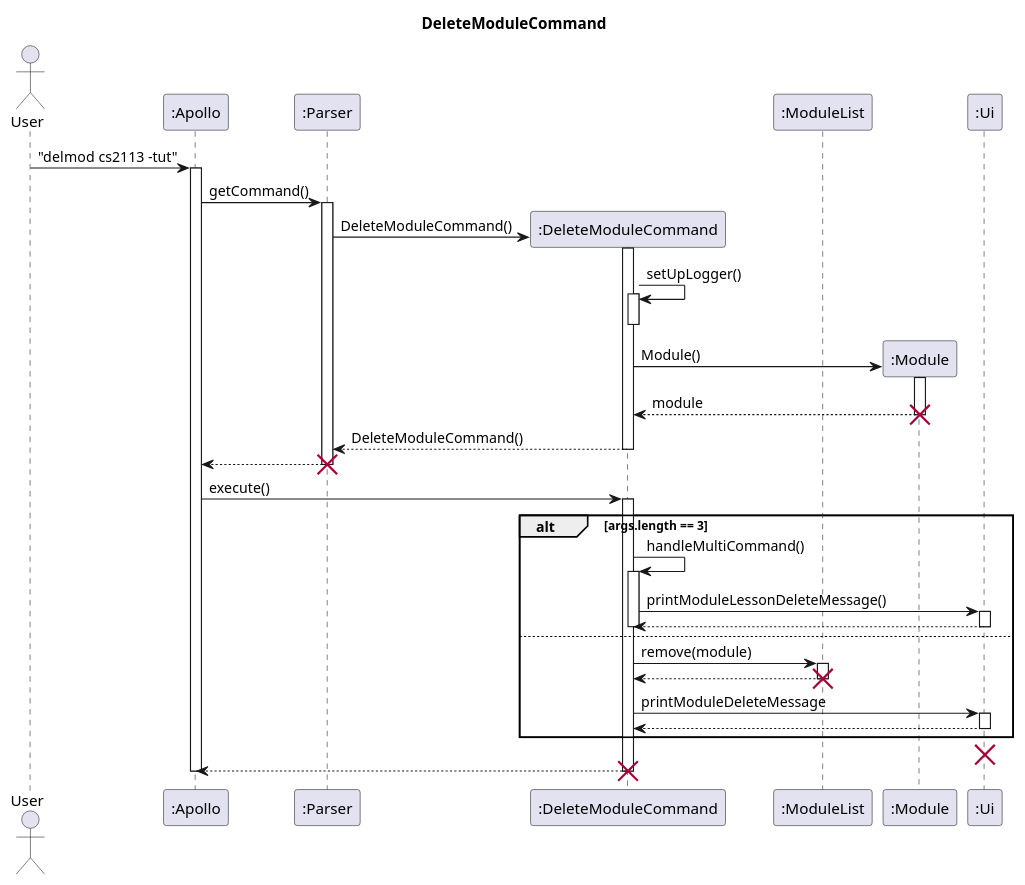
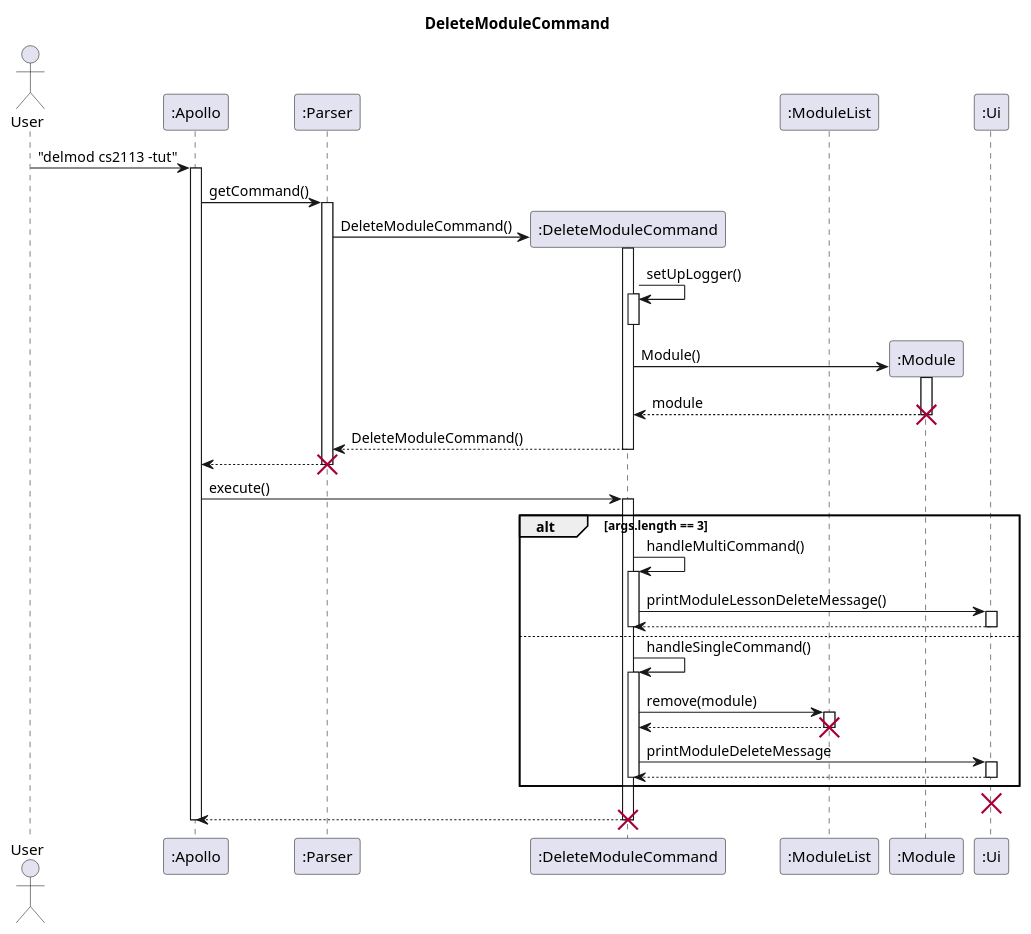
Before and after one commit to nus-cs2113-AY2223S2/tp: the diagram in docs/uml-source/sequence/DeleteModuleCommand.puml, drawn with PlantUML. The commit also changed 5 other files, not shown here.

```diff
--- a/docs/uml-source/sequence/DeleteModuleCommand.puml
+++ b/docs/uml-source/sequence/DeleteModuleCommand.puml
@@ -1,87 +1,90 @@
 @startuml
 'https://plantuml.com/sequence-diagram
 
 skinparam maxMessageSize 150
 
 title DeleteModuleCommand
 
 actor User
 
 participant ":Apollo" as Apollo
 participant ":Parser" as Parser
 participant ":DeleteModuleCommand" as delmod
 participant ":ModuleList" as ModuleList
 participant ":Module" as Module
 participant ":Ui" as Ui
 
 User -> Apollo : "delmod cs2113 -tut"
 activate Apollo
 
 Apollo -> Parser: getCommand()
 activate Parser
 
 Parser -> delmod** : DeleteModuleCommand()
 activate delmod
 
 delmod -> delmod : setUpLogger()
 activate delmod
 deactivate delmod
 
 delmod -> Module** : Module()
 activate Module
 Module --> delmod : module
 deactivate Module
 destroy Module
 
 delmod --> Parser : DeleteModuleCommand()
 deactivate delmod
 
 Parser --> Apollo
 deactivate Parser
 destroy Parser
 
 Apollo -> delmod : execute()
 activate delmod
 
 alt args.length == 3
     delmod -> delmod : handleMultiCommand()
     activate delmod
     delmod -> Ui : printModuleLessonDeleteMessage()
     activate Ui
     Ui --> delmod
     deactivate Ui
 
     deactivate delmod
 
 else
+    delmod -> delmod : handleSingleCommand()
+    activate delmod
     delmod -> ModuleList : remove(module)
     activate ModuleList
     ModuleList --> delmod
     deactivate ModuleList
     destroy ModuleList
 
     delmod -> Ui : printModuleDeleteMessage
     activate Ui
     Ui --> delmod
+    deactivate delmod
     deactivate Ui
 
 end
 
 destroy Ui
 
 delmod --> Apollo
 
 deactivate delmod
 destroy delmod
 
 deactivate Apollo
 
 
 
 
 
 
 
 
 
 @enduml
```
